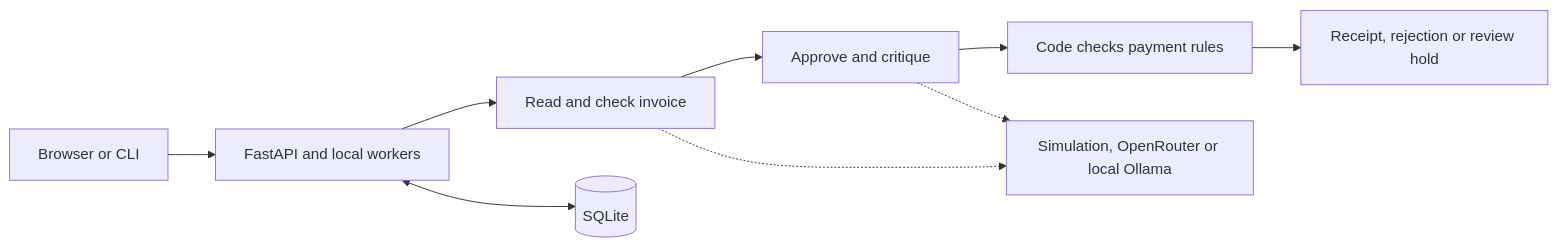
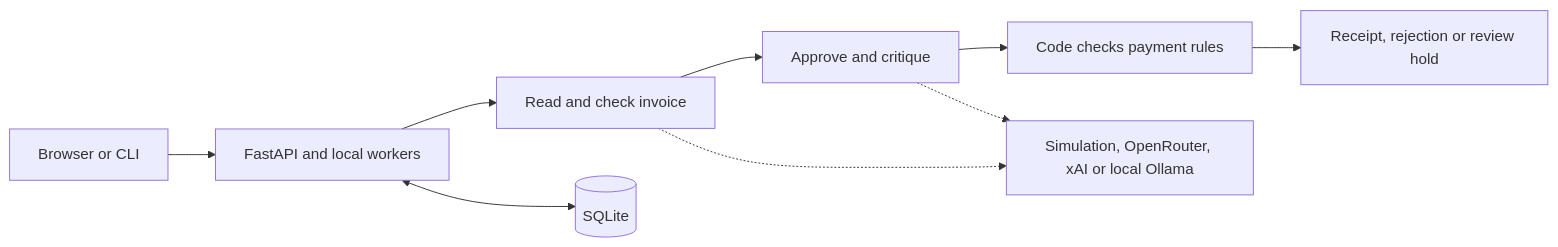
One commit to theomthakur/invoice-desk changed the diagram in README.md. Above: the diagram before and after it, drawn with Mermaid. The commit also changed other lines of this file and 14 other files, not shown here.

Commit message:
Add direct xAI model configuration alongside OpenRouter

````diff
--- a/README.md
+++ b/README.md
@@ -79,11 +79,11 @@
 ```mermaid
 flowchart LR
     Input[Browser or CLI] --> API[FastAPI and local workers]
     API --> Read[Read and check invoice]
     Read --> Review[Approve and critique]
     Review --> Gate[Code checks payment rules]
     Gate --> Result[Receipt, rejection or review hold]
     API <--> DB[(SQLite)]
-    Read -.-> Model[Simulation, OpenRouter or local Ollama]
+    Read -.-> Model[Simulation, OpenRouter, xAI or local Ollama]
     Review -.-> Model
 ```
````
